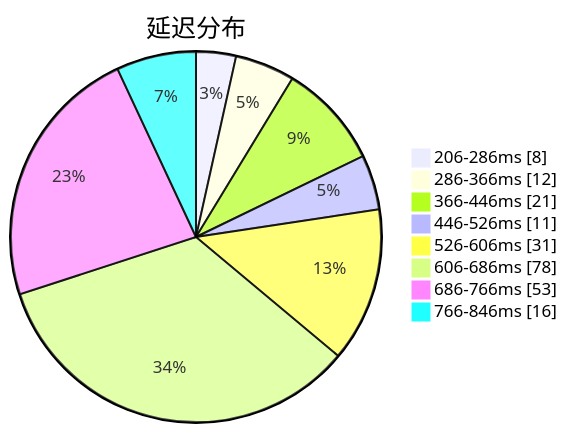
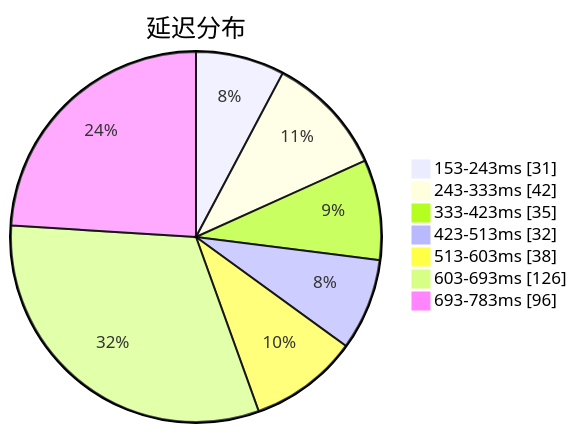
Before and after one commit to qjlxg/airport: the first of 3 diagrams in subs/statistics/tested_within.md, drawn with Mermaid. The commit also changed other lines of this file and 2 other files, not shown here.

Commit message:
Tested by metaST

````diff
--- a/subs/statistics/tested_within.md
+++ b/subs/statistics/tested_within.md
@@ -2,12 +2,11 @@
 ```mermaid
 pie showData
 title 延迟分布
-"206-286ms" : 8
-"286-366ms" : 12
-"366-446ms" : 21
-"446-526ms" : 11
-"526-606ms" : 31
-"606-686ms" : 78
-"686-766ms" : 53
-"766-846ms" : 16
+"153-243ms" : 31
+"243-333ms" : 42
+"333-423ms" : 35
+"423-513ms" : 32
+"513-603ms" : 38
+"603-693ms" : 126
+"693-783ms" : 96
 ```
````
